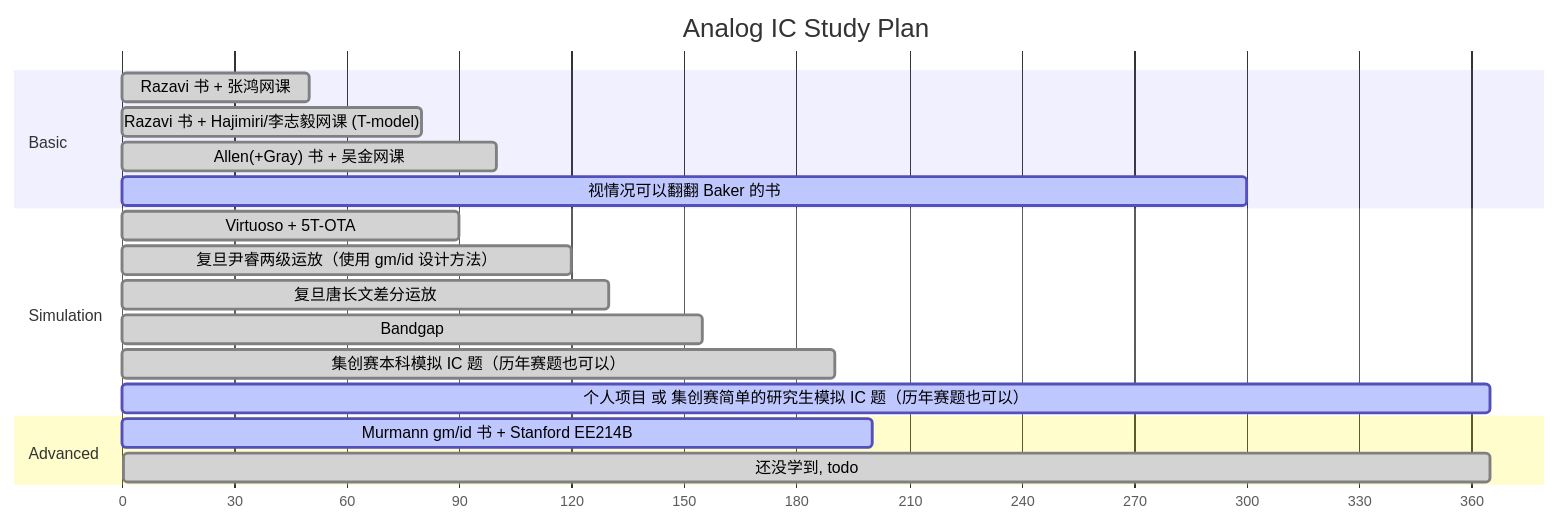
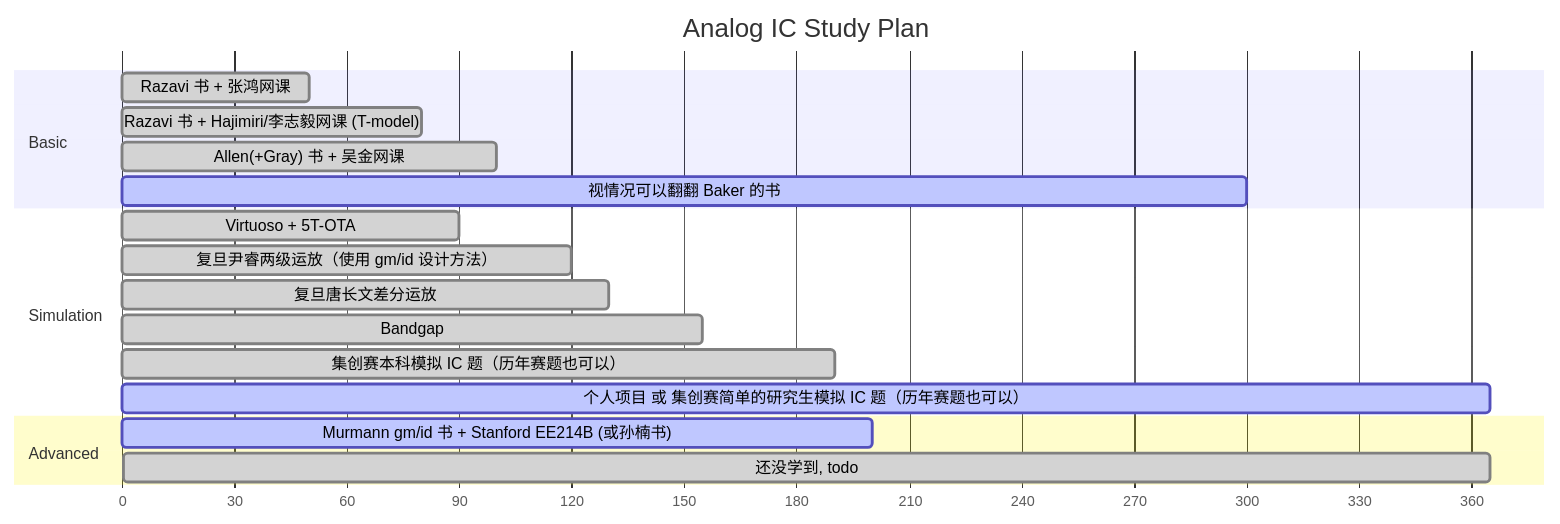
Before and after one commit to RarityBrown/blog: the diagram in blog/analog/analog_ic_learning_resources.md, drawn with Mermaid. The commit also changed other lines of this file, not shown here.

````diff
--- a/blog/analog/analog_ic_learning_resources.md
+++ b/blog/analog/analog_ic_learning_resources.md
@@ -118,25 +144,25 @@
 ```mermaid
 gantt
     title Analog IC Study Plan
     dateFormat X
     axisFormat %s
     
     section Basic
     Razavi 书 + 张鸿网课                              :done,    des1, 0, 50
     Razavi 书 + Hajimiri/李志毅网课 (T-model)         :done,    des2, 50, 80
     Allen(+Gray) 书 + 吴金网课                        :done,    des3, 75, 100
     
     视情况可以翻翻 Baker 的书                          :active,   Baker, 150, 300
     
     section Simulation
     Virtuoso + 5T-OTA                              :done,    Virtuoso, 60, 90
     复旦尹睿两级运放（使用 gm/id 设计方法）             :done,    des4, 90, 120
     复旦唐长文差分运放                                :done,    des5, 120, 130
     Bandgap                                        :done,    des6, 130, 155
     集创赛本科模拟 IC 题（历年赛题也可以）                :done,    des7, 155, 190
     个人项目 或 集创赛简单的研究生模拟 IC 题（历年赛题也可以）:active,  Gra,  190, 365
     
     section Advanced
-    Murmann gm/id 书 + Stanford EE214B             :active,  des8, 90, 200
+    Murmann gm/id 书 + Stanford EE214B (或孙楠书)    :active,  des8, 90, 200
     还没学到, todo                                  :done,    des9, 200, 365
 ```
````
